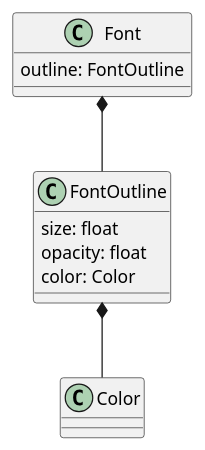
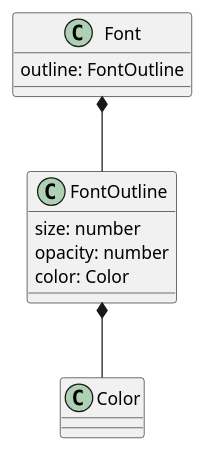
Before and after one commit to opengeospatial/cartographic-symbology: the second of 2 diagrams in 1-core/sections/clause_10_labeling.adoc, drawn with PlantUML. The commit also changed other lines of this file and 16 other files, not shown here.

```diff
--- a/1-core/sections/clause_10_labeling.adoc
+++ b/1-core/sections/clause_10_labeling.adoc
@@ -66,12 +66,12 @@
 [plantuml, target=diagram-classes, format=png]
 ....
 @startuml
 Font *-- FontOutline
 Font : outline: FontOutline
 
-FontOutline : size: float
-FontOutline : opacity: float
+FontOutline : size: number
+FontOutline : opacity: number
 FontOutline : color: Color
 FontOutline *-- Color
 @enduml
 ....
```
